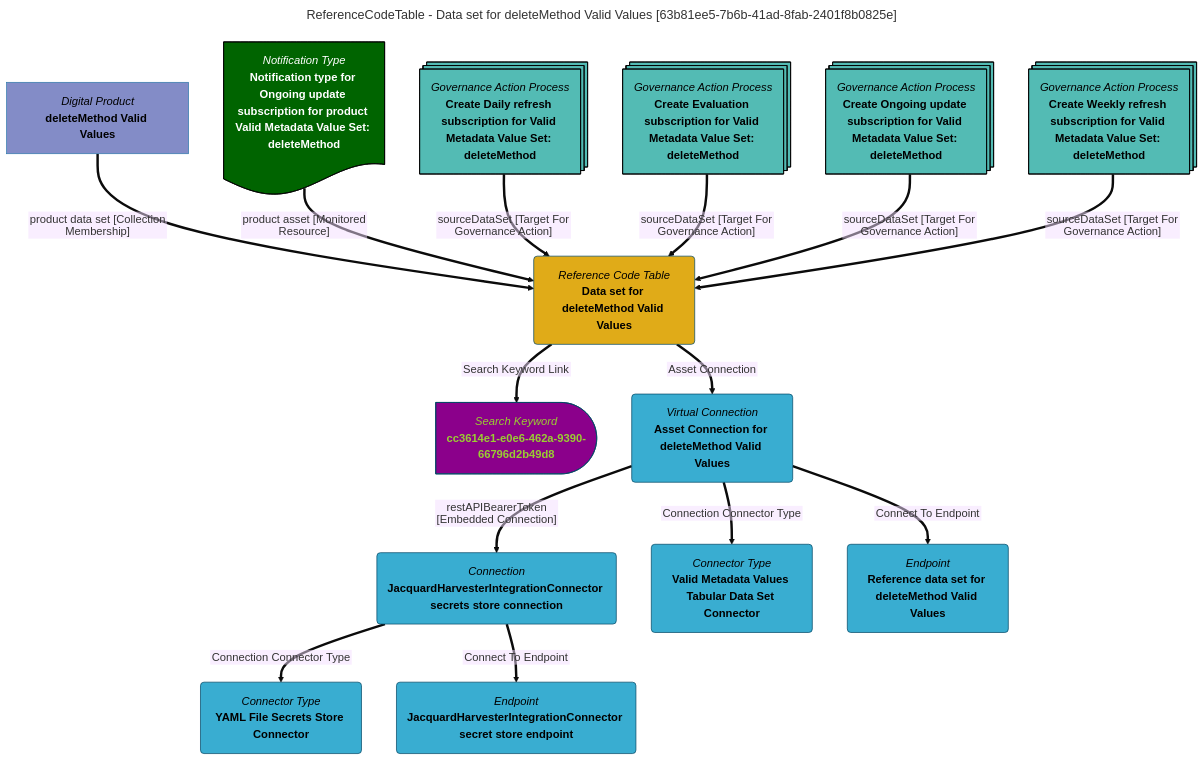
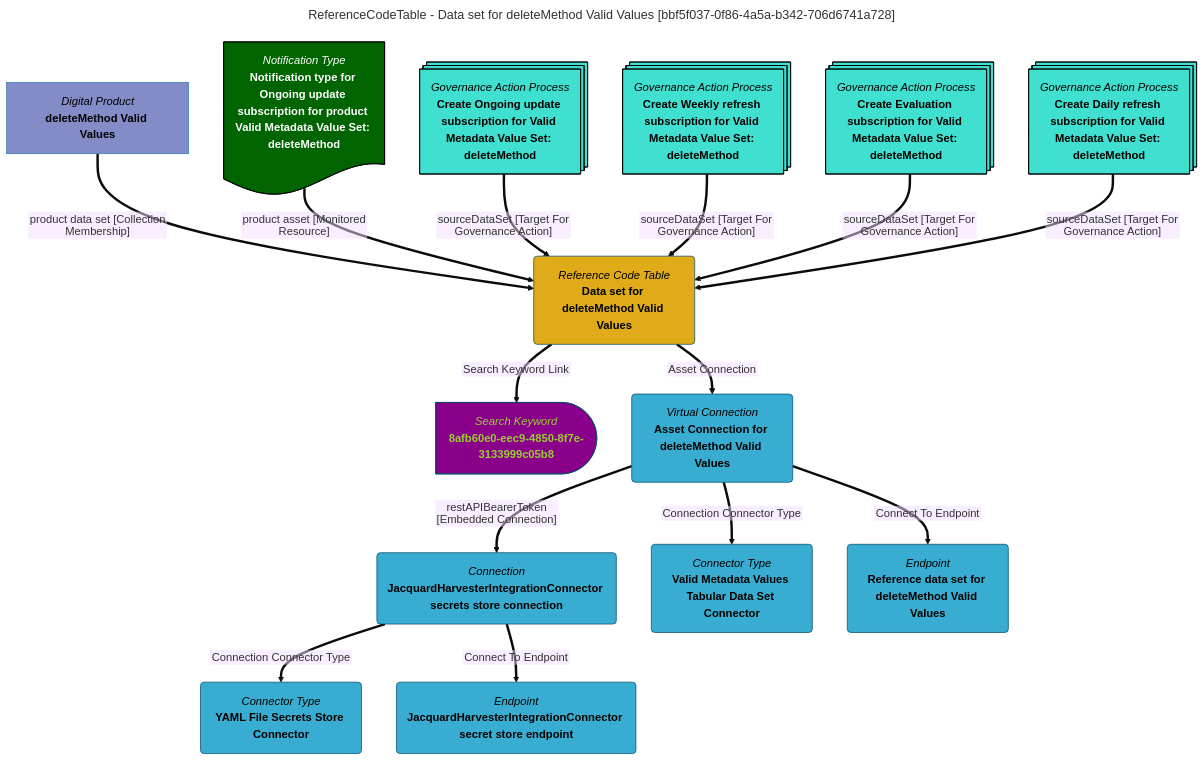
The diagram in site/snippets/data-assets/data-set-for-deletemethod-valid-values-mermaid-graph.md (odpi/egeria-docs), drawn with Mermaid (base theme) before and after one commit. The commit also changed 2201 other files, not shown here.

````diff
--- a/site/snippets/data-assets/data-set-for-deletemethod-valid-values-mermaid-graph.md
+++ b/site/snippets/data-assets/data-set-for-deletemethod-valid-values-mermaid-graph.md
@@ -1,63 +1,63 @@
 ```mermaid
 ---
-title: ReferenceCodeTable - Data set for deleteMethod Valid Values [63b81ee5-7b6b-41ad-8fab-2401f8b0825e]
+title: ReferenceCodeTable - Data set for deleteMethod Valid Values [bbf5f037-0f86-4a5a-b342-706d6741a728]
 ---
 flowchart TD
 %%{init: {"flowchart": {"htmlLabels": false}} }%%
 
 1@{ shape: rounded, label: "*Reference Code Table*
 **Data set for deleteMethod Valid Values**"}
 2@{ shape: delay, label: "*Search Keyword*
-**cc3614e1-e0e6-462a-9390-66796d2b49d8**"}
+**8afb60e0-eec9-4850-8f7e-3133999c05b8**"}
 1==>|"Search Keyword Link"|2
 3@{ shape: rect, label: "*Digital Product*
 **deleteMethod Valid Values**"}
 3==>|"product data set [Collection Membership]"|1
 4@{ shape: rounded, label: "*Virtual Connection*
 **Asset Connection for deleteMethod Valid Values**"}
 1==>|"Asset Connection"|4
 5@{ shape: rounded, label: "*Connection*
 **JacquardHarvesterIntegrationConnector secrets store connection**"}
 4==>|"restAPIBearerToken [Embedded Connection]"|5
 6@{ shape: rounded, label: "*Connector Type*
 **YAML File Secrets Store Connector**"}
 5==>|"Connection Connector Type"|6
 7@{ shape: rounded, label: "*Endpoint*
 **JacquardHarvesterIntegrationConnector secret store endpoint**"}
 5==>|"Connect To Endpoint"|7
 8@{ shape: rounded, label: "*Connector Type*
 **Valid Metadata Values Tabular Data Set Connector**"}
 4==>|"Connection Connector Type"|8
 9@{ shape: rounded, label: "*Endpoint*
 **Reference data set for deleteMethod Valid Values**"}
 4==>|"Connect To Endpoint"|9
 10@{ shape: doc, label: "*Notification Type*
 **Notification type for Ongoing update subscription for product Valid Metadata Value Set: deleteMethod**"}
 10==>|"product asset [Monitored Resource]"|1
 11@{ shape: processes, label: "*Governance Action Process*
-**Create Daily refresh subscription for Valid Metadata Value Set: deleteMethod**"}
+**Create Ongoing update subscription for Valid Metadata Value Set: deleteMethod**"}
 11==>|"sourceDataSet [Target For Governance Action]"|1
 12@{ shape: processes, label: "*Governance Action Process*
-**Create Evaluation subscription for Valid Metadata Value Set: deleteMethod**"}
+**Create Weekly refresh subscription for Valid Metadata Value Set: deleteMethod**"}
 12==>|"sourceDataSet [Target For Governance Action]"|1
 13@{ shape: processes, label: "*Governance Action Process*
-**Create Ongoing update subscription for Valid Metadata Value Set: deleteMethod**"}
+**Create Evaluation subscription for Valid Metadata Value Set: deleteMethod**"}
 13==>|"sourceDataSet [Target For Governance Action]"|1
 14@{ shape: processes, label: "*Governance Action Process*
-**Create Weekly refresh subscription for Valid Metadata Value Set: deleteMethod**"}
+**Create Daily refresh subscription for Valid Metadata Value Set: deleteMethod**"}
 14==>|"sourceDataSet [Target For Governance Action]"|1
-style 11 color:#000000, fill:#53bbb4, stroke:#000000
-style 12 color:#000000, fill:#53bbb4, stroke:#000000
-style 13 color:#000000, fill:#53bbb4, stroke:#000000
-style 14 color:#000000, fill:#53bbb4, stroke:#000000
+style 11 color:#000000, fill:#40E0D0, stroke:#000000
+style 12 color:#000000, fill:#40E0D0, stroke:#000000
+style 13 color:#000000, fill:#40E0D0, stroke:#000000
+style 14 color:#000000, fill:#40E0D0, stroke:#000000
 style 1 color:#000000, fill:#e0ab18, stroke:#004563
-style 2 color:#9acd32, fill:#8b008b, stroke:#004563
+style 2 color:#9ACD32, fill:#8B008B, stroke:#004563
 style 3 color:#000000, fill:#838cc7, stroke:#3079ab
 style 4 color:#000000, fill:#39add1, stroke:#004563
 style 5 color:#000000, fill:#39add1, stroke:#004563
 style 6 color:#000000, fill:#39add1, stroke:#004563
 style 7 color:#000000, fill:#39add1, stroke:#004563
 style 8 color:#000000, fill:#39add1, stroke:#004563
 style 9 color:#000000, fill:#39add1, stroke:#004563
 style 10 color:#FFFFFF, fill:#006400, stroke:#000000
 ```
````
